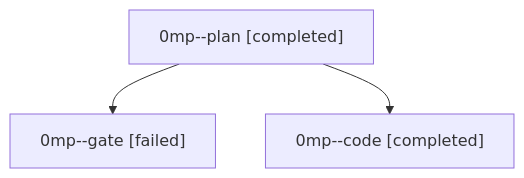
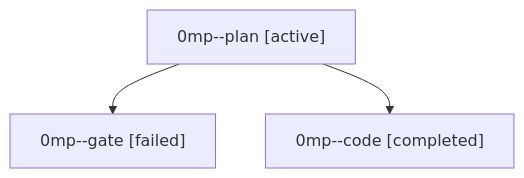
The diagram in families/bbugyi200.athena.0mp.md (sase-org/sase--agents), drawn with Mermaid before and after one commit. The commit also changed other lines of this file and 35830 other files, not shown here.

````diff
--- a/families/bbugyi200.athena.0mp.md
+++ b/families/bbugyi200.athena.0mp.md
@@ -9,8 +9,8 @@
 ```mermaid
 flowchart TD
-  n0["0mp--plan [completed]"]
+  n0["0mp--plan [active]"]
   n1["0mp--gate [failed]"]
   n0 --> n1
   n2["0mp--code [completed]"]
   n0 --> n2
 ```
````
